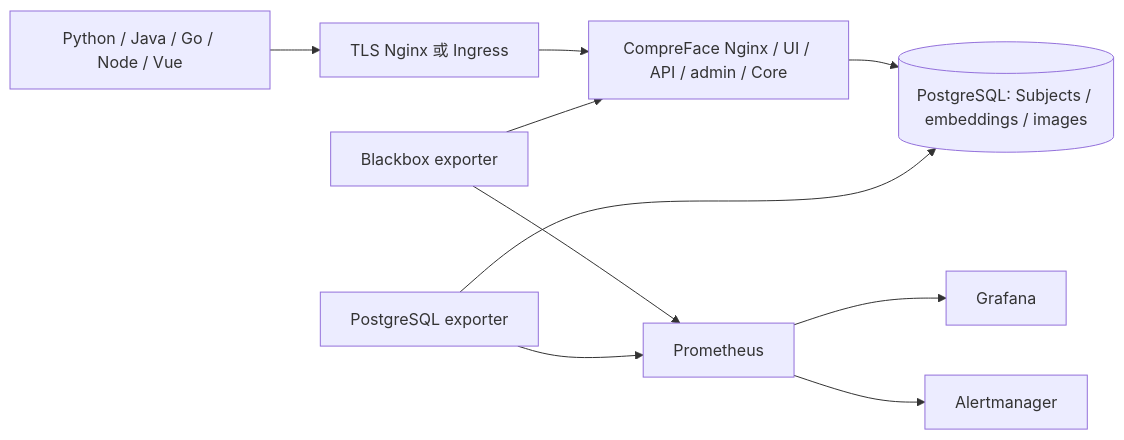
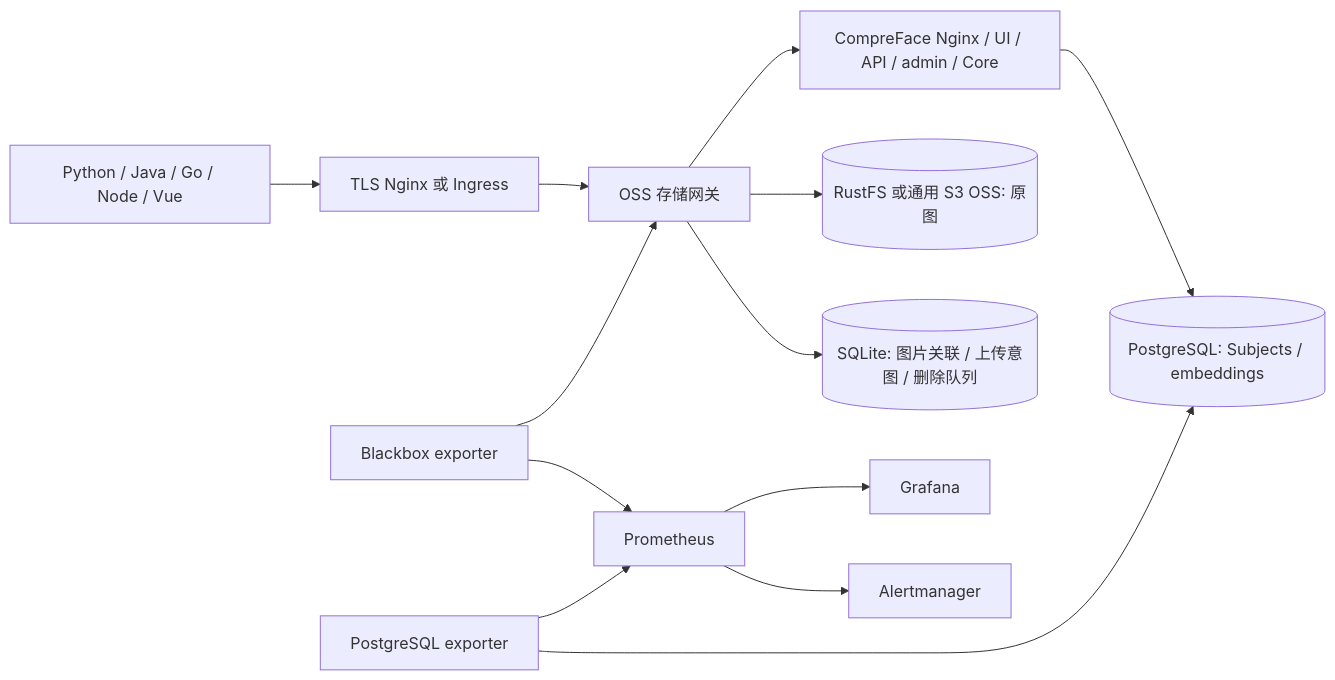
One commit to Binghuai-Yan/face-recognition-sdk changed the diagram in docs/architecture.md. Above: the diagram before and after it, drawn with Mermaid. The commit also changed other lines of this file and 38 other files, not shown here.

````diff
--- a/docs/architecture.md
+++ b/docs/architecture.md
@@ -3,12 +3,15 @@
 ```mermaid
 flowchart LR
   Clients[Python / Java / Go / Node / Vue] --> Gateway[TLS Nginx 或 Ingress]
-  Gateway --> Bundle[CompreFace Nginx / UI / API / admin / Core]
-  Bundle --> PG[(PostgreSQL: Subjects / embeddings / images)]
-  Probe[Blackbox exporter] --> Bundle
+  Gateway --> OSS[OSS 存储网关]
+  OSS --> Bundle[CompreFace Nginx / UI / API / admin / Core]
+  OSS --> Objects[(RustFS 或通用 S3 OSS: 原图)]
+  OSS --> Journal[(SQLite: 图片关联 / 上传意图 / 删除队列)]
+  Bundle --> PG[(PostgreSQL: Subjects / embeddings)]
+  Probe[Blackbox exporter] --> OSS
   PGExporter[PostgreSQL exporter] --> PG
   Probe --> Prometheus
   PGExporter --> Prometheus
   Prometheus --> Grafana
   Prometheus --> Alertmanager
 ```
````
